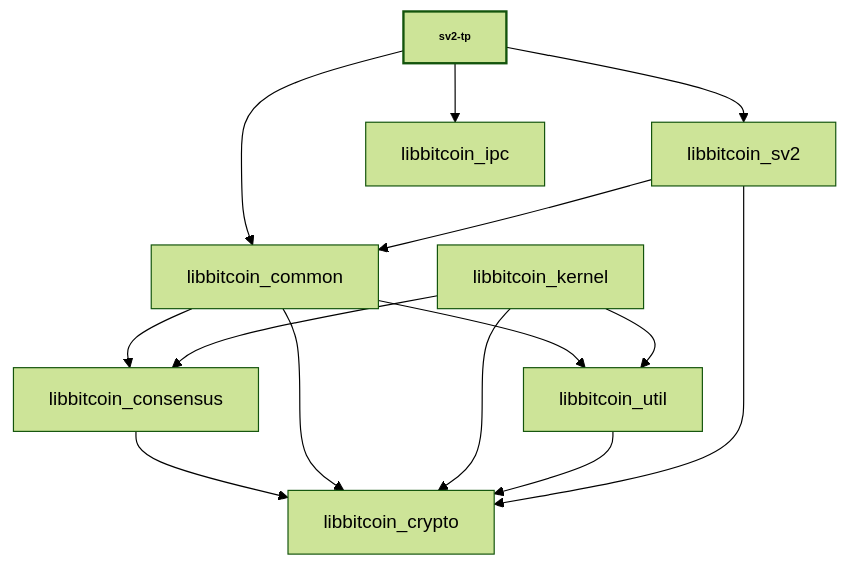
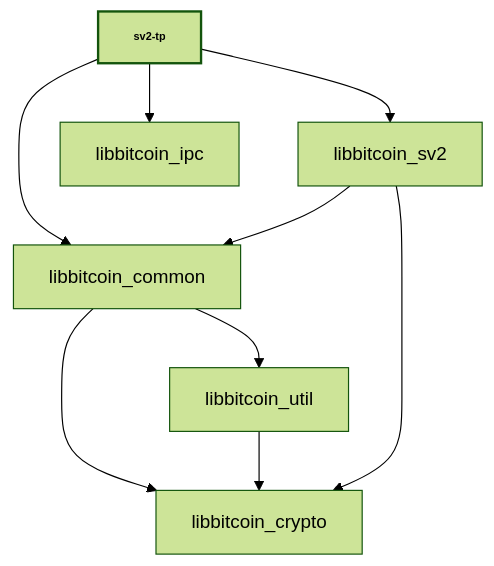
One commit to Sjors/sv2-tp changed the diagram in doc/design/libraries.md. Above: the diagram before and after it, drawn with Mermaid (forest theme). The commit also changed other lines of this file and 73 other files, not shown here.

Commit message:
Drop bitcoin_consensus and kernel

````diff
--- a/doc/design/libraries.md
+++ b/doc/design/libraries.md
@@ -30,28 +28,21 @@
 ```mermaid
 
 %%{ init : { "flowchart" : { "curve" : "basis" }}}%%
 
 graph TD;
 
 sv2-tp-->libbitcoin_sv2;
 sv2-tp-->libbitcoin_common;
 sv2-tp-->libbitcoin_ipc;
 
-libbitcoin_consensus-->libbitcoin_crypto;
-
-libbitcoin_common-->libbitcoin_consensus;
 libbitcoin_common-->libbitcoin_crypto;
 libbitcoin_common-->libbitcoin_util;
-
-libbitcoin_kernel-->libbitcoin_consensus;
-libbitcoin_kernel-->libbitcoin_crypto;
-libbitcoin_kernel-->libbitcoin_util;
 
 libbitcoin_util-->libbitcoin_crypto;
 
 libbitcoin_sv2-->libbitcoin_common;
 libbitcoin_sv2-->libbitcoin_crypto;
 
 classDef bold stroke-width:2px, font-weight:bold, font-size: smaller;
-class bitcoind,bitcoin-cli,sv2-tp bold
+class sv2-tp bold
 ```
````
